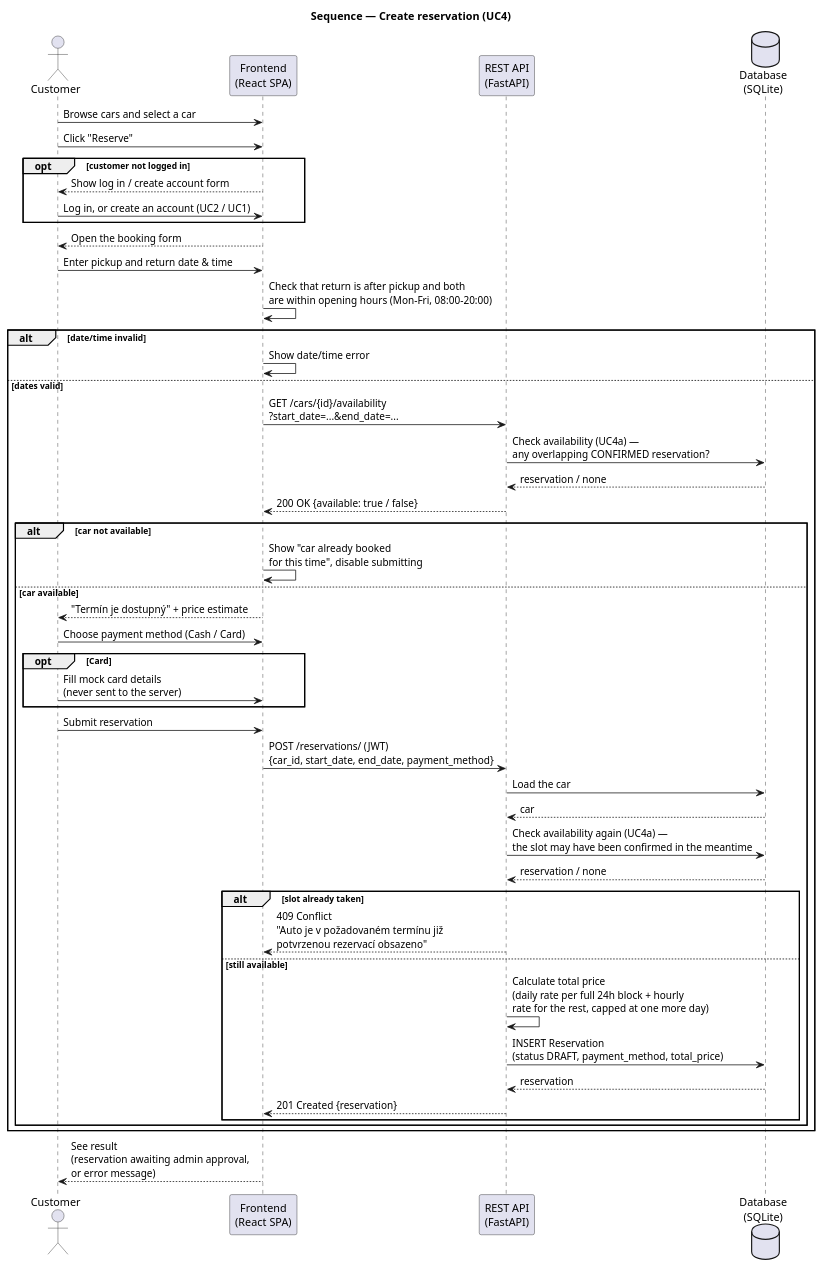
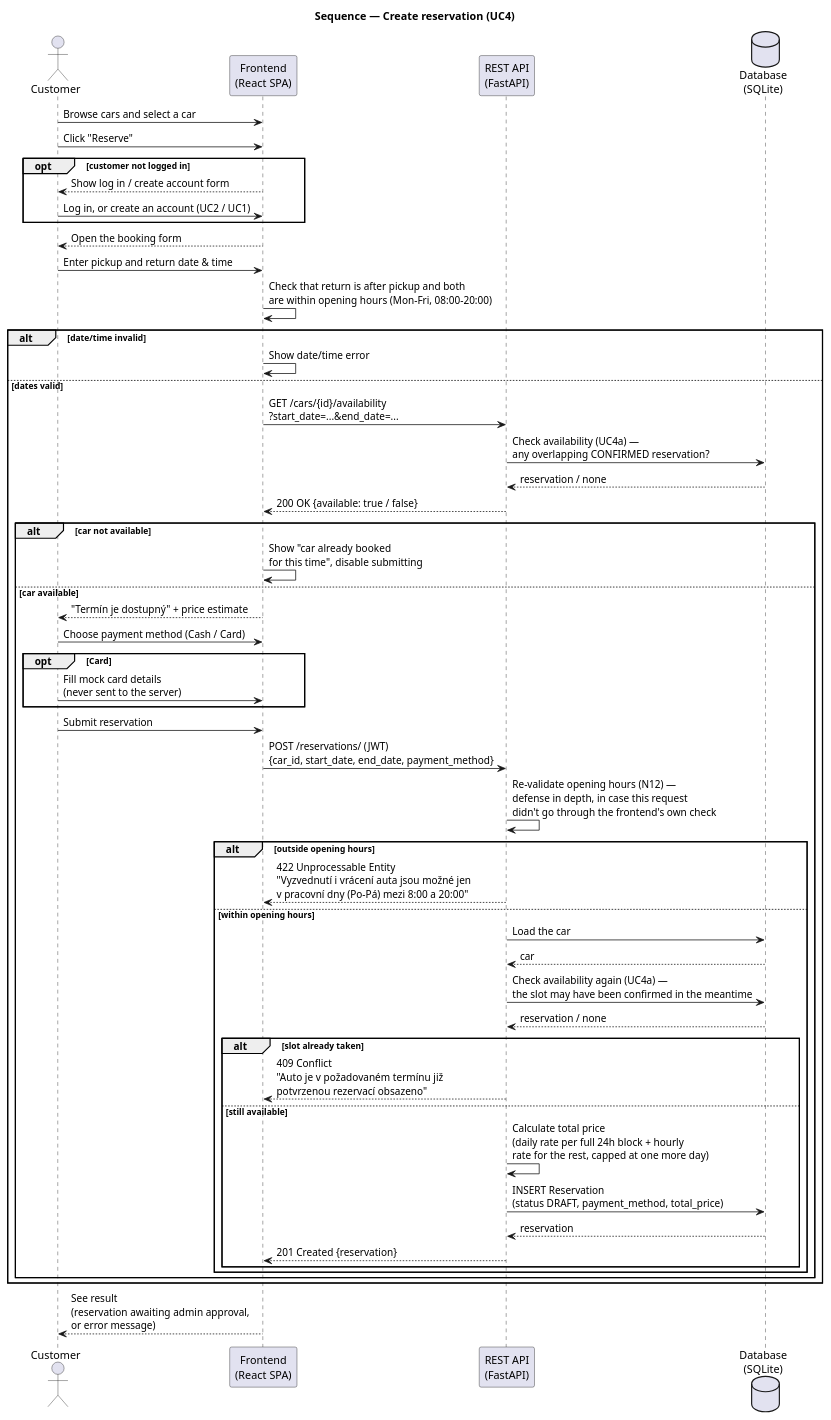
The diagram in docs/diagrams/sequence-make-reservation.puml (DavidMagyarics/CarRentalVSB), drawn with PlantUML before and after one commit. The commit also changed 6 other files, not shown here.

First line of the commit message:
add: server-side opening-hours validation (N12)

```diff
--- a/docs/diagrams/sequence-make-reservation.puml
+++ b/docs/diagrams/sequence-make-reservation.puml
@@ -1,57 +1,63 @@
 @startuml sequence-make-reservation
 skinparam backgroundColor white
 title Sequence — Create reservation (UC4)
 
 actor Customer
 participant "Frontend\n(React SPA)" as FE
 participant "REST API\n(FastAPI)" as API
 database "Database\n(SQLite)" as DB
 
 Customer -> FE: Browse cars and select a car
 Customer -> FE: Click "Reserve"
 
 opt customer not logged in
   FE --> Customer: Show log in / create account form
   Customer -> FE: Log in, or create an account (UC2 / UC1)
 end
 
 FE --> Customer: Open the booking form
 Customer -> FE: Enter pickup and return date & time
 FE -> FE: Check that return is after pickup and both\nare within opening hours (Mon-Fri, 08:00-20:00)
 
 alt date/time invalid
   FE -> FE: Show date/time error
 else dates valid
   FE -> API: GET /cars/{id}/availability\n?start_date=...&end_date=...
   API -> DB: Check availability (UC4a) —\nany overlapping CONFIRMED reservation?
   DB --> API: reservation / none
   API --> FE: 200 OK {available: true / false}
 
   alt car not available
     FE -> FE: Show "car already booked\nfor this time", disable submitting
   else car available
     FE --> Customer: "Termín je dostupný" + price estimate
     Customer -> FE: Choose payment method (Cash / Card)
     opt Card
       Customer -> FE: Fill mock card details\n(never sent to the server)
     end
     Customer -> FE: Submit reservation
     FE -> API: POST /reservations/ (JWT)\n{car_id, start_date, end_date, payment_method}
-    API -> DB: Load the car
-    DB --> API: car
-    API -> DB: Check availability again (UC4a) —\nthe slot may have been confirmed in the meantime
-    DB --> API: reservation / none
+    API -> API: Re-validate opening hours (N12) —\ndefense in depth, in case this request\ndidn't go through the frontend's own check
 
-    alt slot already taken
-      API --> FE: 409 Conflict\n"Auto je v požadovaném termínu již\npotvrzenou rezervací obsazeno"
-    else still available
-      API -> API: Calculate total price\n(daily rate per full 24h block + hourly\nrate for the rest, capped at one more day)
-      API -> DB: INSERT Reservation\n(status DRAFT, payment_method, total_price)
-      DB --> API: reservation
-      API --> FE: 201 Created {reservation}
+    alt outside opening hours
+      API --> FE: 422 Unprocessable Entity\n"Vyzvednutí i vrácení auta jsou možné jen\nv pracovní dny (Po–Pá) mezi 8:00 a 20:00"
+    else within opening hours
+      API -> DB: Load the car
+      DB --> API: car
+      API -> DB: Check availability again (UC4a) —\nthe slot may have been confirmed in the meantime
+      DB --> API: reservation / none
+
+      alt slot already taken
+        API --> FE: 409 Conflict\n"Auto je v požadovaném termínu již\npotvrzenou rezervací obsazeno"
+      else still available
+        API -> API: Calculate total price\n(daily rate per full 24h block + hourly\nrate for the rest, capped at one more day)
+        API -> DB: INSERT Reservation\n(status DRAFT, payment_method, total_price)
+        DB --> API: reservation
+        API --> FE: 201 Created {reservation}
+      end
     end
   end
 end
 
 FE --> Customer: See result\n(reservation awaiting admin approval,\nor error message)
 @enduml
```
